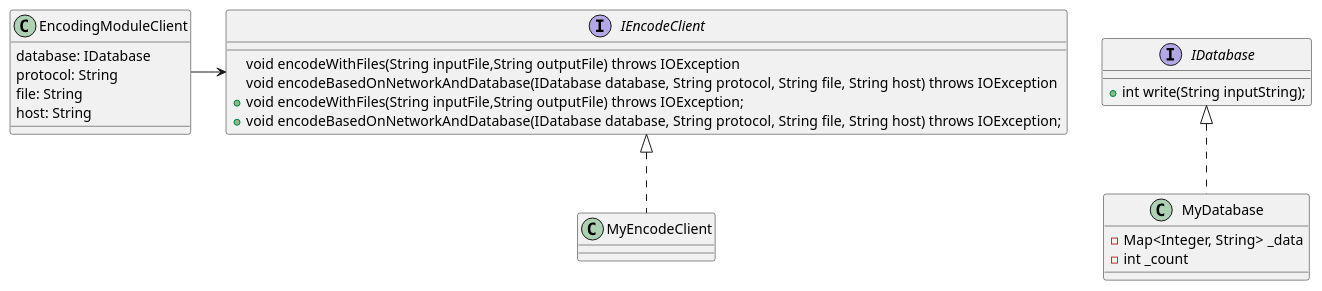
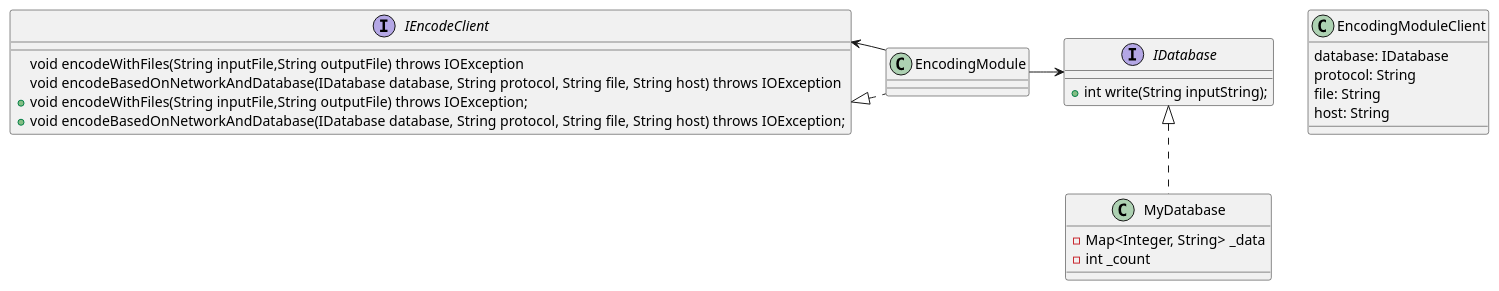
The diagram in SOLID/DIP/src/com/directi/training/dip/exercise_refactored/dig.puml (aymenbouhaha/TP-SOLID), drawn with PlantUML before and after one commit.

Commit message:
updating  digrams

```diff
--- a/SOLID/DIP/src/com/directi/training/dip/exercise_refactored/dig.puml
+++ b/SOLID/DIP/src/com/directi/training/dip/exercise_refactored/dig.puml
@@ -1,34 +1,34 @@
 @startuml
 interface IDatabase {
     +int write(String inputString);
 }
  class MyDatabase implements IDatabase {
    - Map<Integer, String> _data
     - int _count 
 }
 
 interface IEncodeClient {
     void encodeWithFiles(String inputFile,String outputFile) throws IOException
     void encodeBasedOnNetworkAndDatabase(IDatabase database, String protocol, String file, String host) throws IOException
 }
-class MyEncodeClient implements IEncodeClient {
+class EncodingModule implements IEncodeClient {
 
 }
 interface IEncodeClient {
     +void encodeWithFiles(String inputFile,String outputFile) throws IOException;
     + void encodeBasedOnNetworkAndDatabase(IDatabase database, String protocol, String file, String host) throws IOException;
 }
 
 class EncodingModuleClient {
     database: IDatabase
     protocol: String
     file: String
     host: String    
     }
 
 
- EncodingModuleClient -right-> IEncodeClient
-
+ EncodingModule -right-> IEncodeClient
+EncodingModule -> IDatabase
 
 
 @enduml
```
